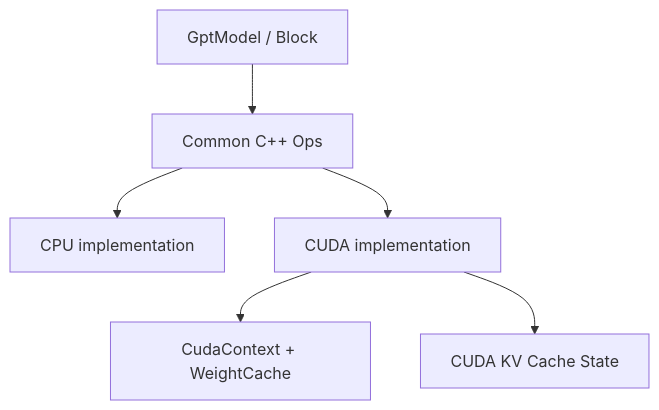
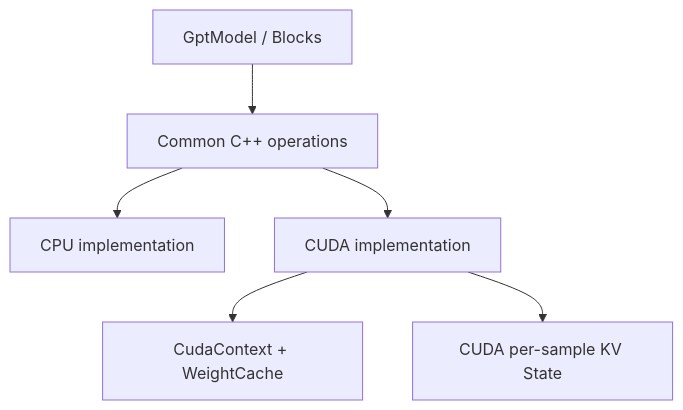
Before and after one commit to eagle-dai/easy_llm.cpp: the ninth of 9 diagrams in my/docs/easy_llm_guide.zh-CN.md, drawn with Mermaid. The commit also changed other lines of this file, not shown here.

Commit message:
docs: fix architecture boundaries and strengthen state ownership

````diff
--- a/my/docs/easy_llm_guide.zh-CN.md
+++ b/my/docs/easy_llm_guide.zh-CN.md
@@ -1354,15 +1484,15 @@
 ```mermaid
 flowchart TB
-    M[GptModel / Block]
-    O[Common C++ Ops]
+    M[GptModel / Blocks]
+    O[Common C++ operations]
     C[CPU implementation]
     G[CUDA implementation]
     R[CudaContext + WeightCache]
-    K[CUDA KV Cache State]
+    K[CUDA per-sample KV State]
 
     M --> O
     O --> C
     O --> G
     G --> R
     G --> K
 ```
````
